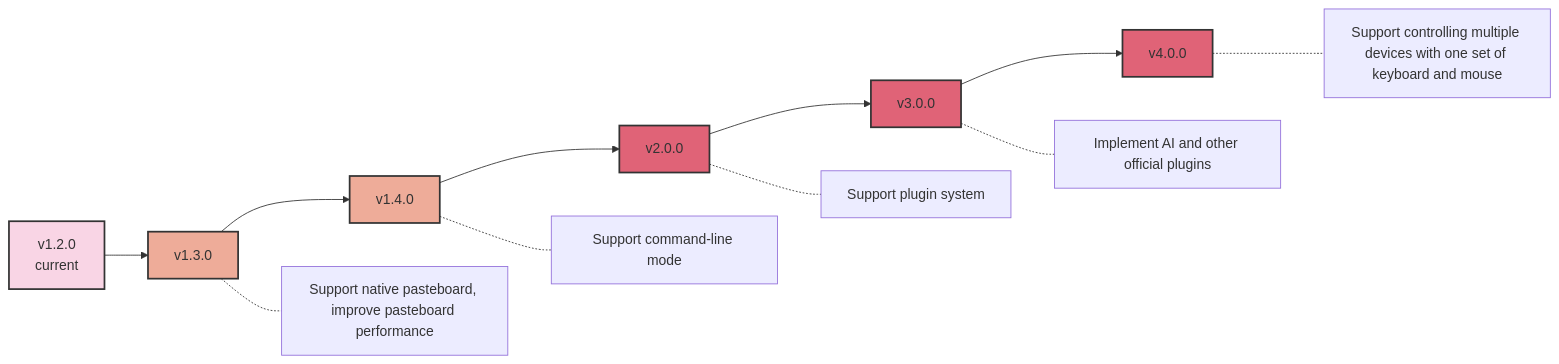
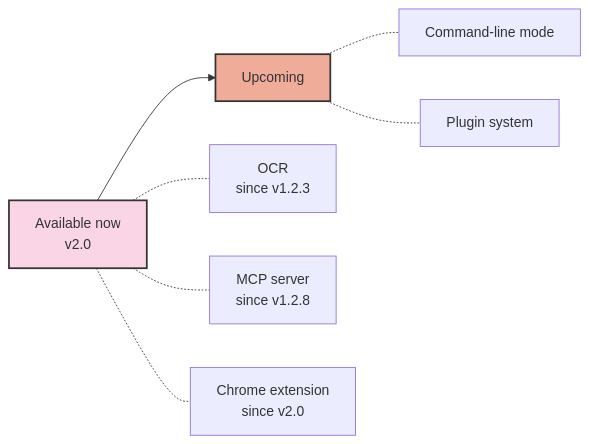
Before and after one commit to CrossPaste/crosspaste-desktop: the diagram in doc/en/Roadmap.md, drawn with Mermaid. The commit also changed other lines of this file and 4 other files, not shown here.

First line of the commit message:
:memo: refresh README, CHANGELOG and Roadmap for v2.0.0 release

````diff
--- a/doc/en/Roadmap.md
+++ b/doc/en/Roadmap.md
@@ -5,21 +5,16 @@
 ```mermaid
 graph LR
-    B[v1.2.0<br/>current] --> C[v1.3.0]
-    C --> D[v1.4.0]
-    D --> E[v2.0.0]
-    E --> F[v3.0.0]
-    F --> G[v4.0.0]
+    B[Available now<br/>v2.0] --> U[Upcoming]
 
-    C -.- C1[Support native pasteboard, improve pasteboard performance]
-    D -.- D1[Support command-line mode]
-    E -.- E1[Support plugin system]
-    F -.- F1[Implement AI and other official plugins]
-    G -.- G2[Support controlling multiple devices with one set of keyboard and mouse]
+    B -.- B1[OCR<br/>since v1.2.3]
+    B -.- B2[MCP server<br/>since v1.2.8]
+    B -.- B3[Chrome extension<br/>since v2.0]
+
+    U -.- U1[Command-line mode]
+    U -.- U2[Plugin system]
 
     classDef current fill:#f9d5e5,stroke:#333,stroke-width:2px
-    classDef minor fill:#eeac99,stroke:#333,stroke-width:2px
-    classDef major fill:#e06377,stroke:#333,stroke-width:2px
+    classDef upcoming fill:#eeac99,stroke:#333,stroke-width:2px
     class B current
-    class C,D minor
-    class E,F,G major
+    class U upcoming
 ```
````
